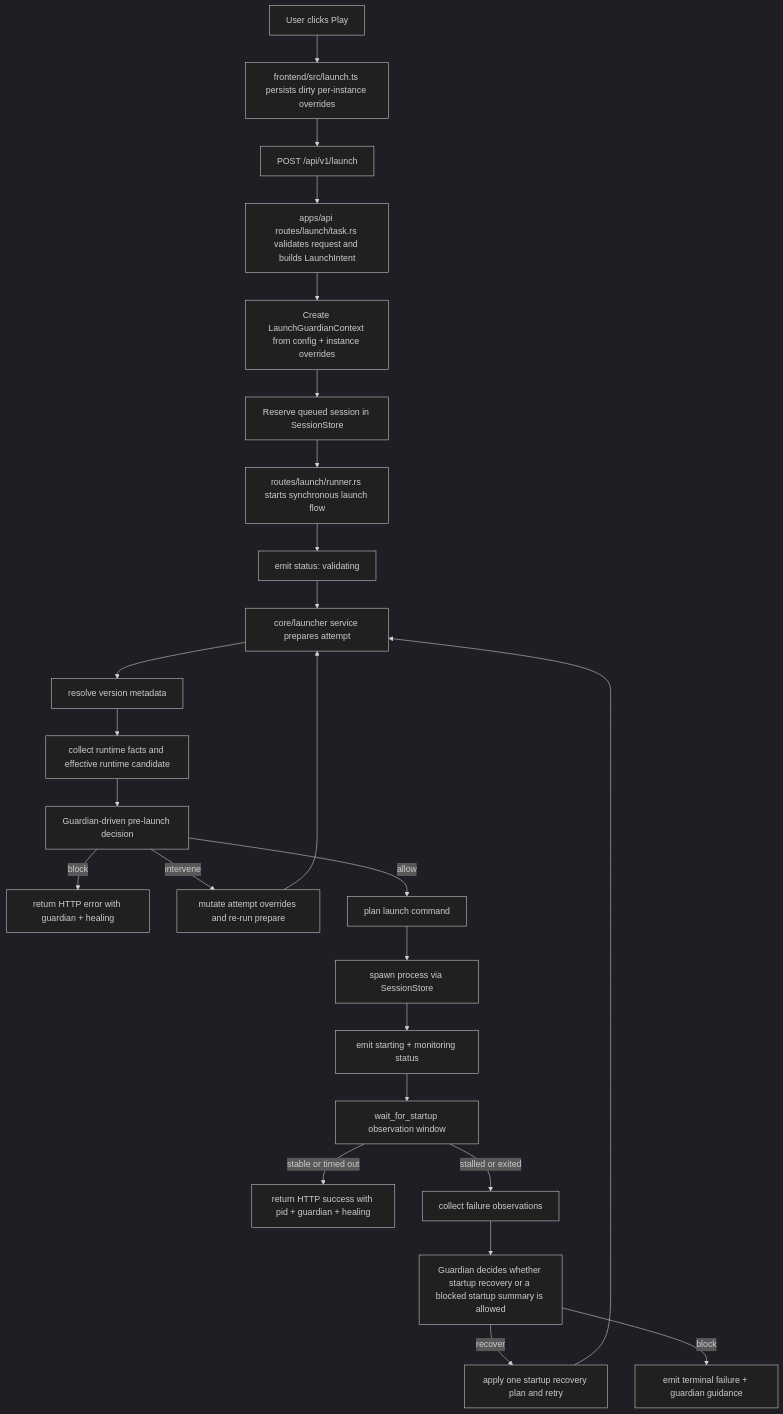
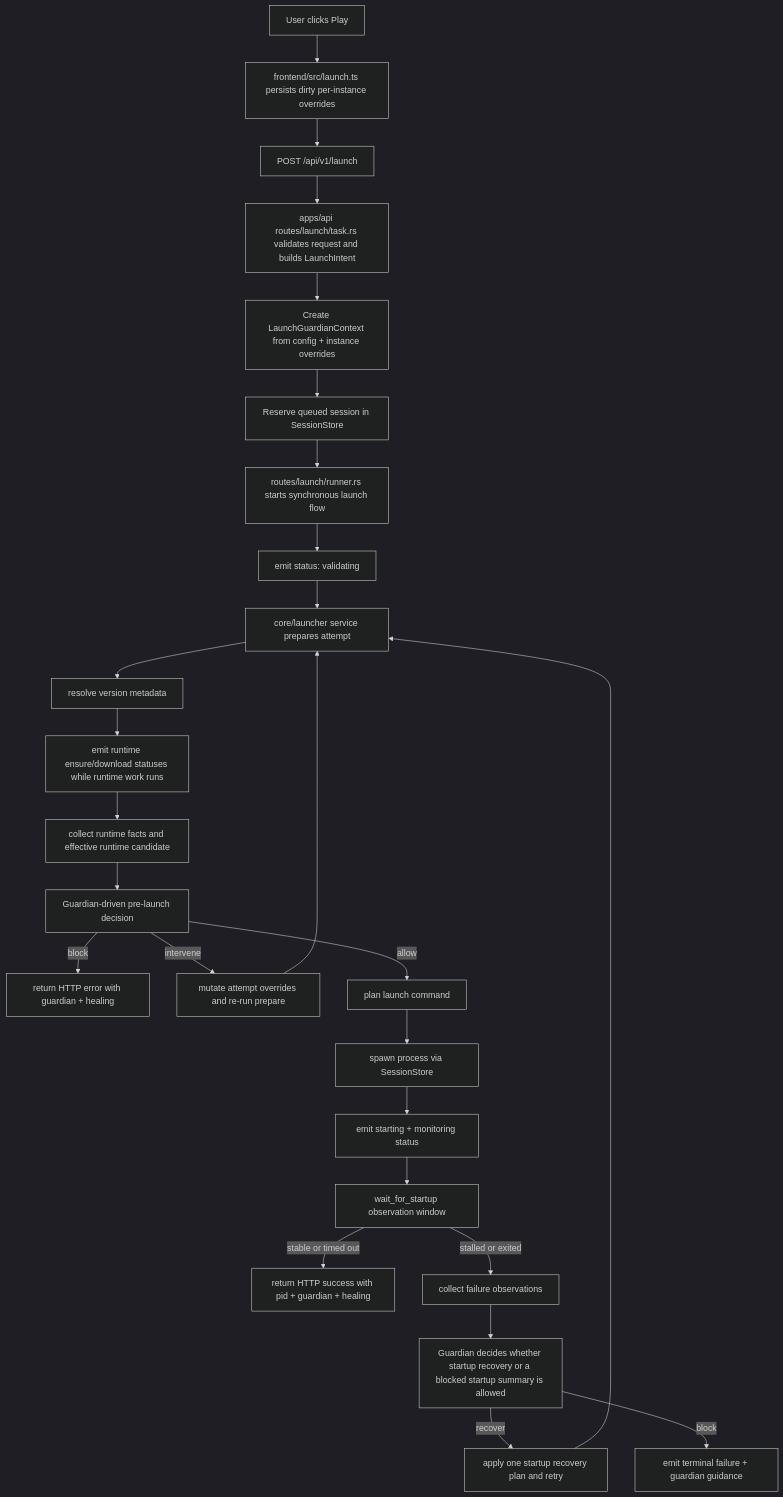
Before and after one commit to mateoltd/croopor: the second of 9 diagrams in docs/ARCHITECTURE.md, drawn with Mermaid (dark theme). The commit also changed other lines of this file and 7 other files, not shown here.

Commit message:
fix(launch): surface runtime preparation states

````diff
--- a/docs/ARCHITECTURE.md
+++ b/docs/ARCHITECTURE.md
@@ -74,27 +74,28 @@
 ```mermaid
 flowchart TD
     A[User clicks Play] --> B[frontend/src/launch.ts persists dirty per-instance overrides]
     B --> C[POST /api/v1/launch]
     C --> D[apps/api routes/launch/task.rs validates request and builds LaunchIntent]
     D --> E[Create LaunchGuardianContext from config + instance overrides]
     E --> F[Reserve queued session in SessionStore]
     F --> G[routes/launch/runner.rs starts synchronous launch flow]
     G --> H[emit status: validating]
     H --> I[core/launcher service prepares attempt]
     I --> J[resolve version metadata]
-    J --> K[collect runtime facts and effective runtime candidate]
-    K --> L[Guardian-driven pre-launch decision]
-    L -->|block| M[return HTTP error with guardian + healing]
-    L -->|intervene| N[mutate attempt overrides and re-run prepare]
-    L -->|allow| O[plan launch command]
-    N --> I
-    O --> P[spawn process via SessionStore]
-    P --> Q[emit starting + monitoring status]
-    Q --> R[wait_for_startup observation window]
-    R -->|stable or timed out| S[return HTTP success with pid + guardian + healing]
-    R -->|stalled or exited| T[collect failure observations]
-    T --> U[Guardian decides whether startup recovery or a blocked startup summary is allowed]
-    U -->|recover| V[apply one startup recovery plan and retry]
-    U -->|block| W[emit terminal failure + guardian guidance]
-    V --> I
+    J --> K[emit runtime ensure/download statuses while runtime work runs]
+    K --> L[collect runtime facts and effective runtime candidate]
+    L --> M[Guardian-driven pre-launch decision]
+    M -->|block| N[return HTTP error with guardian + healing]
+    M -->|intervene| O[mutate attempt overrides and re-run prepare]
+    M -->|allow| P[plan launch command]
+    O --> I
+    P --> Q[spawn process via SessionStore]
+    Q --> R[emit starting + monitoring status]
+    R --> S[wait_for_startup observation window]
+    S -->|stable or timed out| T[return HTTP success with pid + guardian + healing]
+    S -->|stalled or exited| U[collect failure observations]
+    U --> V[Guardian decides whether startup recovery or a blocked startup summary is allowed]
+    V -->|recover| W[apply one startup recovery plan and retry]
+    V -->|block| X[emit terminal failure + guardian guidance]
+    W --> I
 ```
````
